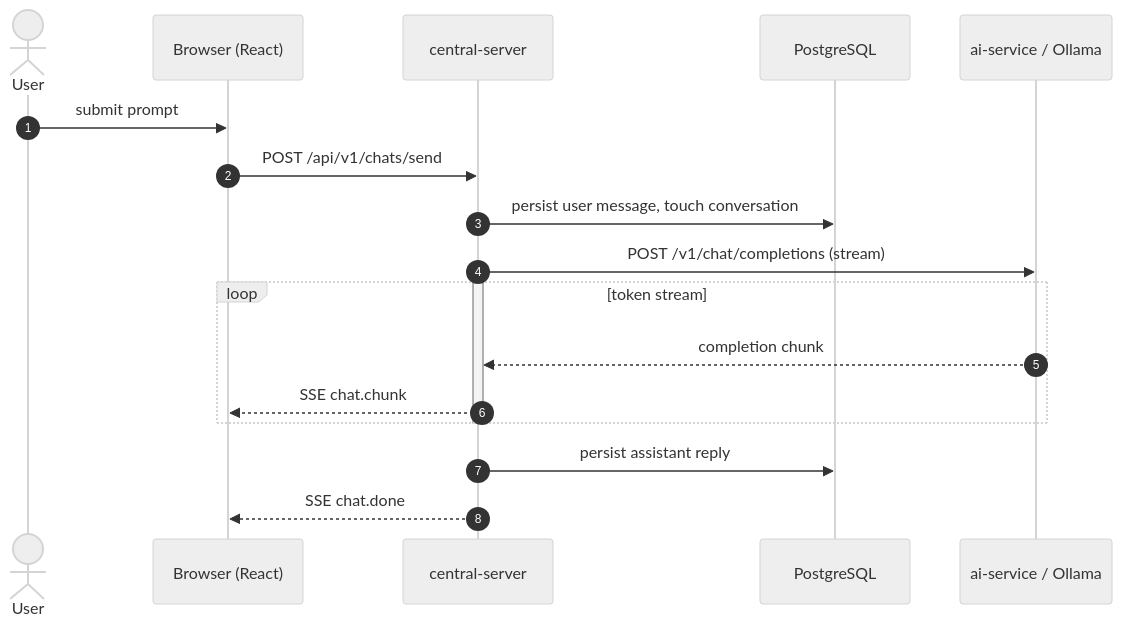
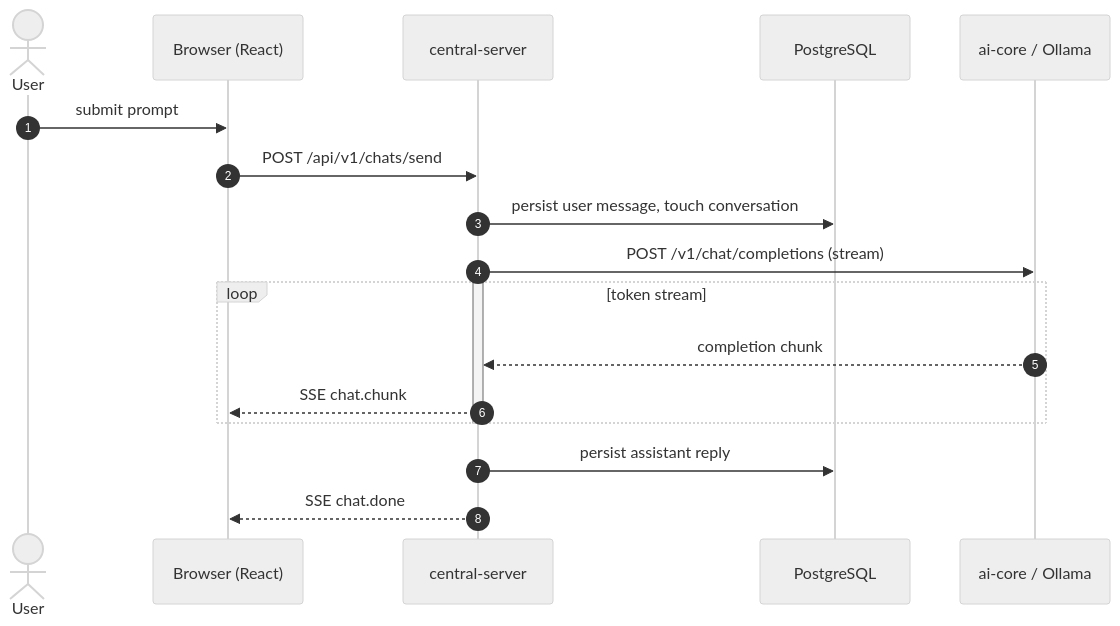
The second of 2 diagrams in README.md (NVJ9SINGHNAVJOT/pro-professor), drawn with Mermaid (neutral theme) before and after one commit. The commit also changed other lines of this file and 37 other files, not shown here.

First line of the commit message:
refactor: rename AI service to AI core across the backend

````diff
--- a/README.md
+++ b/README.md
@@ -190,22 +190,22 @@
 ```mermaid
 sequenceDiagram
     autonumber
     actor User
     participant FE as Browser (React)
     participant GW as central-server
     participant DB as PostgreSQL
-    participant M as ai-service / Ollama
+    participant M as ai-core / Ollama
 
     User->>FE: submit prompt
     FE->>GW: POST /api/v1/chats/send
     GW->>DB: persist user message, touch conversation
     GW->>M: POST /v1/chat/completions (stream)
     activate GW
     loop token stream
         M-->>GW: completion chunk
         GW-->>FE: SSE chat.chunk
     end
     deactivate GW
     GW->>DB: persist assistant reply
     GW-->>FE: SSE chat.done
 ```
````
